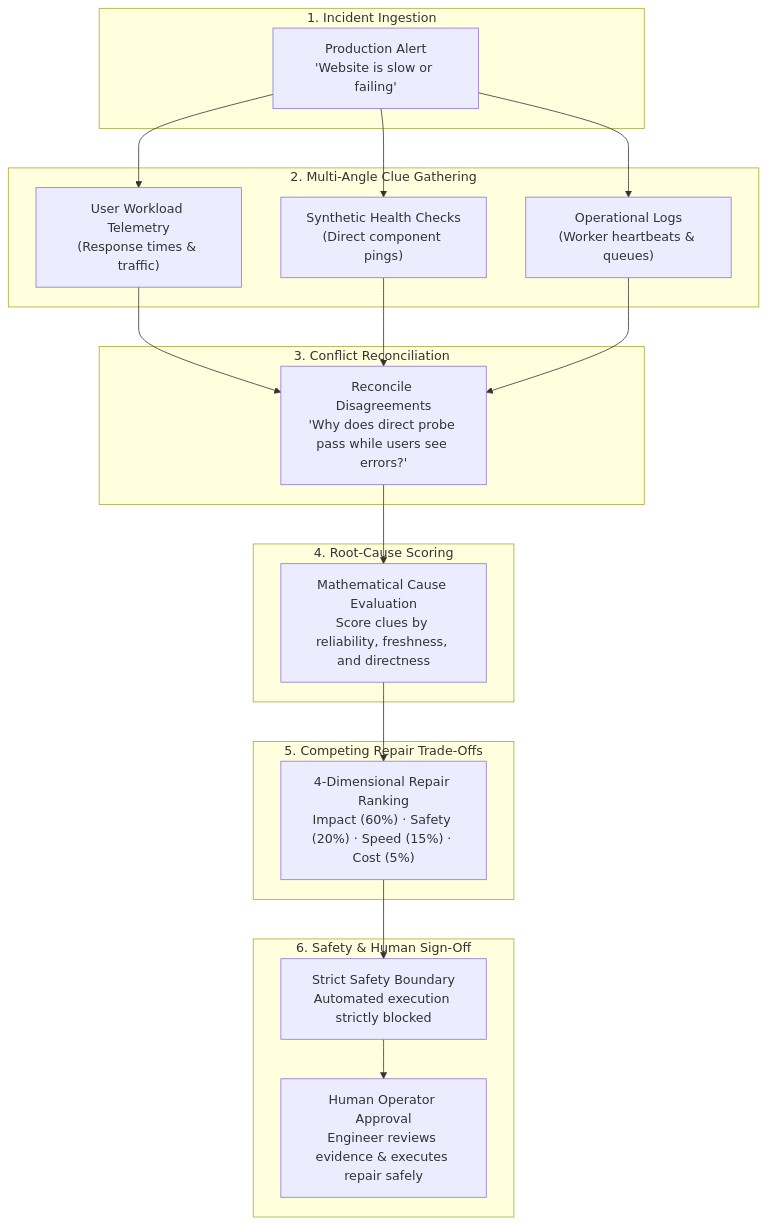
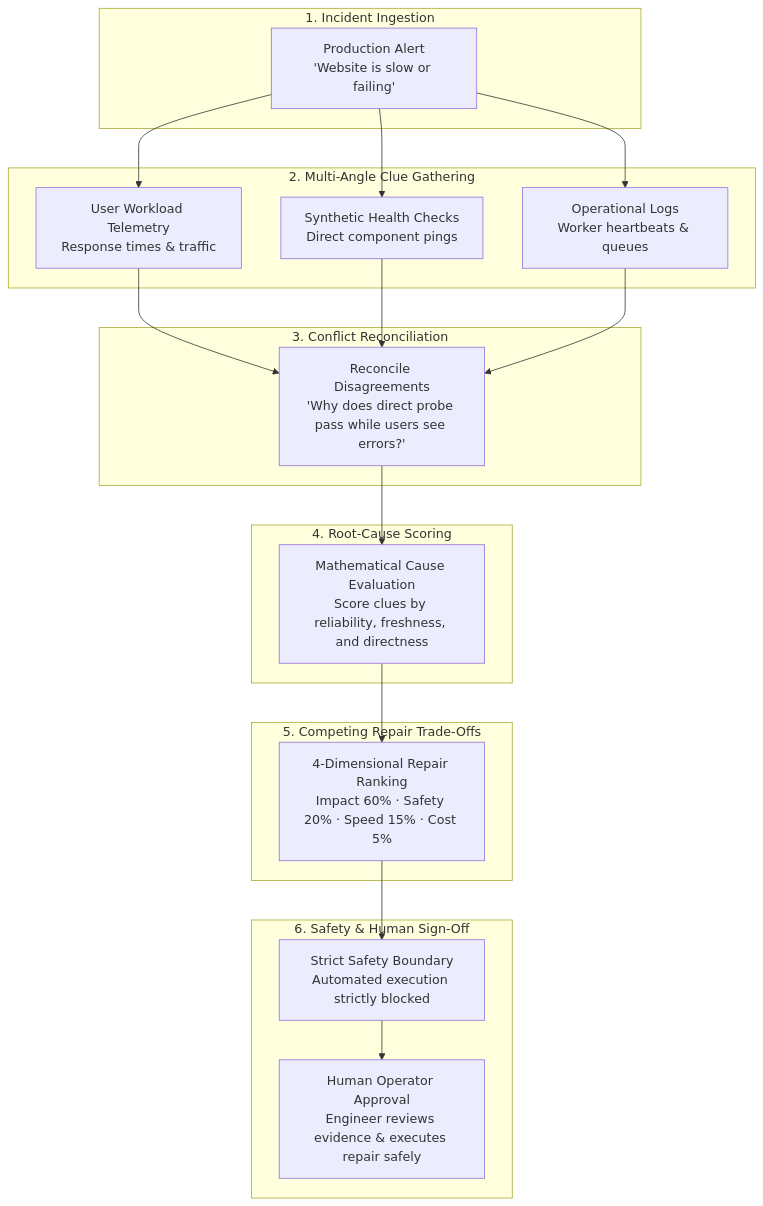
One commit to AnasBabari/LEC_AI changed the second of 3 diagrams in README.md. Above: the diagram before and after it, drawn with Mermaid. The commit also changed other lines of this file, not shown here.

First line of the commit message:
docs(readme): place end-to-end architecture diagram at top and fix edge label parentheses syntax

````diff
--- a/README.md
+++ b/README.md
@@ -90,42 +151,42 @@
 ```mermaid
 flowchart TD
     subgraph Step1["1. Incident Ingestion"]
         Alert["Production Alert<br/>'Website is slow or failing'"]
     end
 
     subgraph Step2["2. Multi-Angle Clue Gathering"]
-        T["User Workload Telemetry<br/>(Response times & traffic)"]
-        P["Synthetic Health Checks<br/>(Direct component pings)"]
-        E["Operational Logs<br/>(Worker heartbeats & queues)"]
+        T["User Workload Telemetry<br/>Response times & traffic"]
+        P["Synthetic Health Checks<br/>Direct component pings"]
+        E["Operational Logs<br/>Worker heartbeats & queues"]
     end
 
     subgraph Step3["3. Conflict Reconciliation"]
         Reconcile["Reconcile Disagreements<br/>'Why does direct probe pass while users see errors?'"]
     end
 
     subgraph Step4["4. Root-Cause Scoring"]
         Score["Mathematical Cause Evaluation<br/>Score clues by reliability, freshness, and directness"]
     end
 
     subgraph Step5["5. Competing Repair Trade-Offs"]
-        Rank["4-Dimensional Repair Ranking<br/>Impact (60%) · Safety (20%) · Speed (15%) · Cost (5%)"]
+        Rank["4-Dimensional Repair Ranking<br/>Impact 60% · Safety 20% · Speed 15% · Cost 5%"]
     end
 
     subgraph Step6["6. Safety & Human Sign-Off"]
         Gate["Strict Safety Boundary<br/>Automated execution strictly blocked"]
         Human["Human Operator Approval<br/>Engineer reviews evidence & executes repair safely"]
     end
 
     Alert --> T
     Alert --> P
     Alert --> E
 
     T --> Reconcile
     P --> Reconcile
     E --> Reconcile
 
     Reconcile --> Score
     Score --> Rank
     Rank --> Gate
     Gate --> Human
 ```
````
